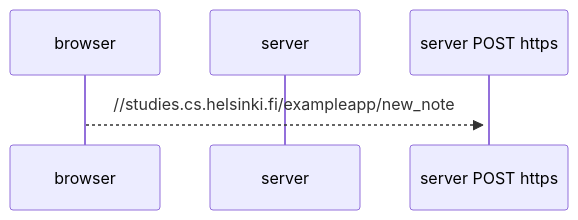
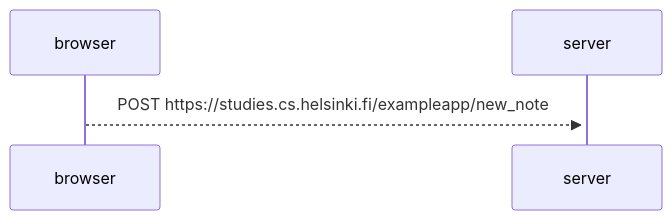
Before and after one commit to mozeago/Javascript-Full-Stack-open-course: the diagram in part0/README.MD, drawn with Mermaid.

Commit message:
additional mermaid syntax

````diff
--- a/part0/README.MD
+++ b/part0/README.MD
@@ -1,6 +1,6 @@
 ```mermaid
 sequenceDiagram
     participant browser
     participant server
-    browser-->>+server POST https://studies.cs.helsinki.fi/exampleapp/new_note
+    browser-->>+server: POST https://studies.cs.helsinki.fi/exampleapp/new_note
 ```
````
